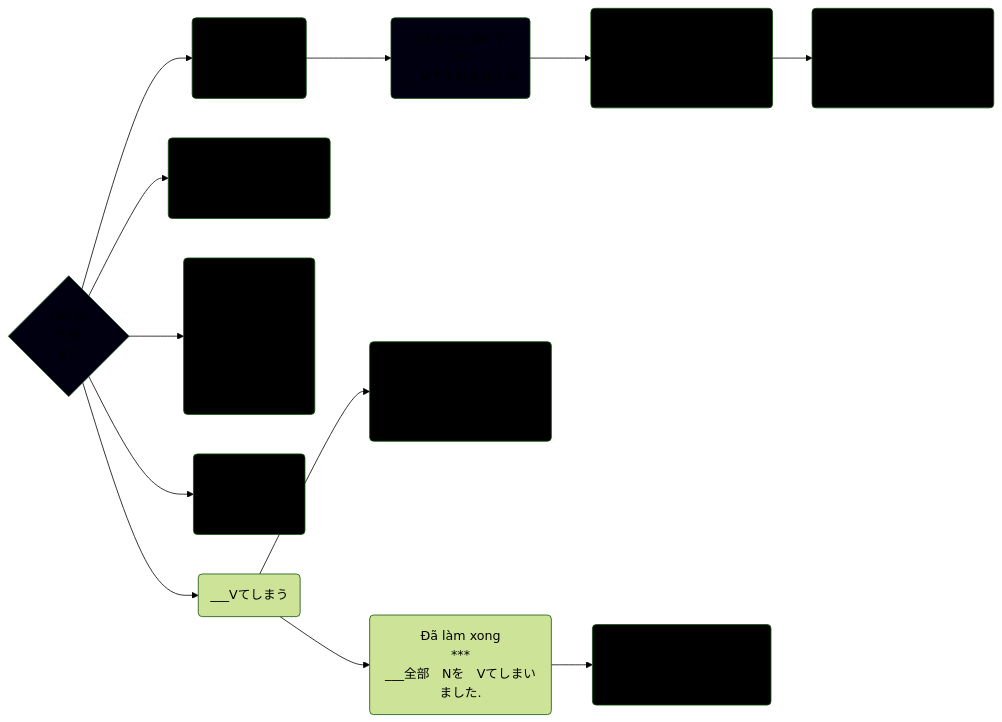
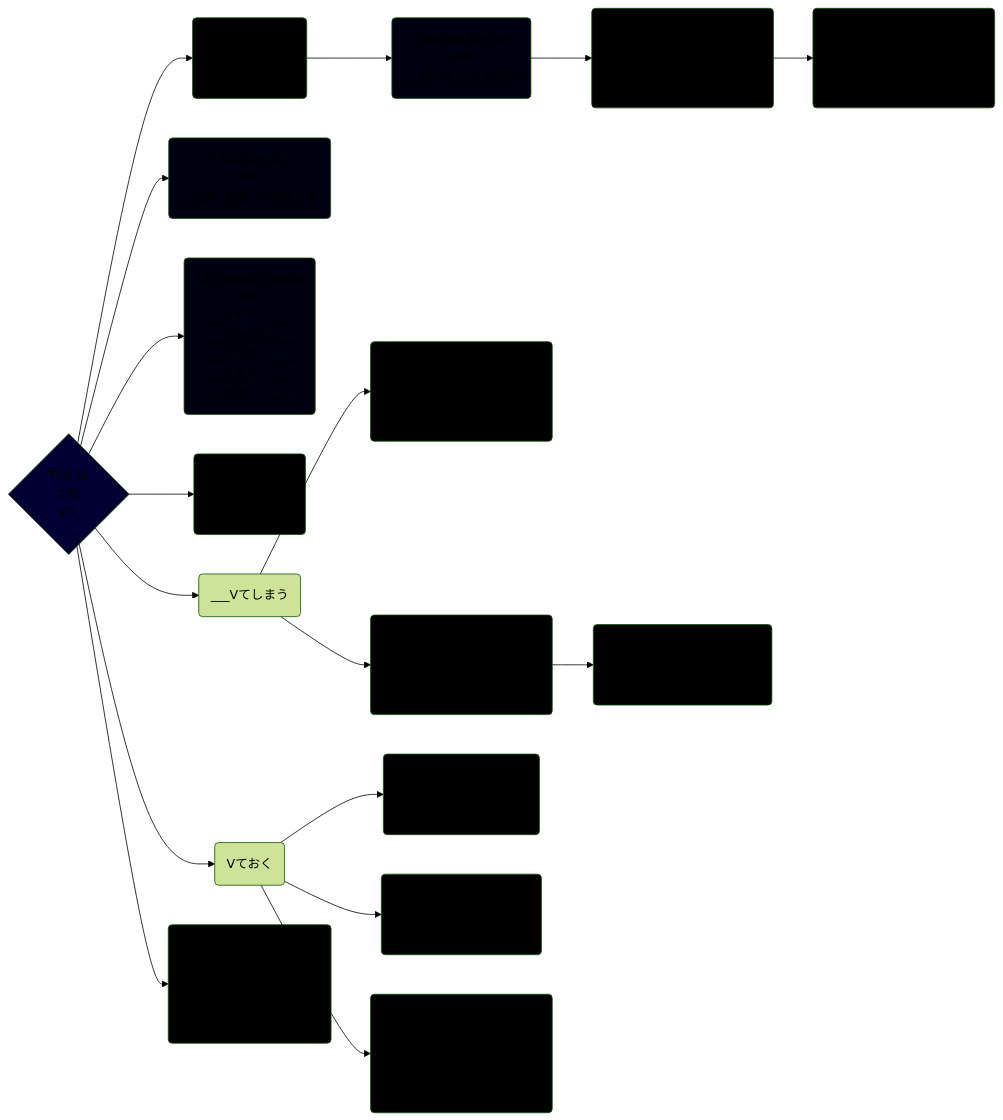
One commit to tea1504/learn changed the diagram in The/て形.md. Above: the diagram before and after it, drawn with Mermaid (forest theme). The commit also changed other lines of this file and 18 other files, not shown here.

````diff
--- a/The/て形.md
+++ b/The/て形.md
@@ -1,27 +2,37 @@
 ```mermaid
 graph LR;
     V{Thể te\nて形\nVて}
 
     V-->hayLamV(Hãy làm V\n***\n___Vてください)
     hayLamV-->lamOn(Làm ơn làm V\n***\n___Vてくれませんか)
     lamOn-->coThemLamVGiupToiDuocKhong1(Có thể làm V dùm tôi được không\n***\n___Vてくださいませんか)
     coThemLamVGiupToiDuocKhong1-->coThemLamVGiupToiDuocKhong2(Có thể làm V dùm tôi được không\n***\n___Vていただけませんか)
     V-->thuLamV(Thử làm V\n***\n___は　Nを　Vてみます)
     V-->chiNguyenNhan(Chỉ nguyên nhân\n***\n___Vて　　,___\n___Vなくて,___\n___Aくて　,___\n___Aなで　,___\n___Nで　　,___)
     V-->diRoiQuayLai(Đi rồi quay lại\n***\n___Vて来ます)
     V-->simau(___Vてしまう)
     simau-->dinhSeLamXong(Định sẽ làm xong\n***\n___今　Nを　Vてしまいます.)
     simau-->daLamXong(Đã làm xong\n***\n___全部　Nを　Vてしまいました.)
     daLamXong-->daXayRa(Đã xảy ra tiếc\n***\n___Nを　Vてしまいました.)
+    V-->oku(Vておく)
+    oku-->chuanBiSan(Chuẩn bị sẵn\n***\n__前に___Vておきます.)
+    oku-->giaiPhapTamThoi(Giải pháp tạm thời\n***\n__たら,___Vておきます.)
+    oku-->giuNguyenDuyTriTrangThai(Giữ nguyên, duy trì trạng thái\n***\n__そのまま,___Vておきます.)
+    V-->luc(Lúc\n***\n___Vる　　　ところ,___\n___Vている　ところ,___\n___Vた　　　ところ,___)
 
-    style V fill:#001
+    style V fill:#003
+    style chiNguyenNhan fill:#001
+    style chuanBiSan fill:#000
+    style coThemLamVGiupToiDuocKhong1 fill:#000
+    style coThemLamVGiupToiDuocKhong2 fill:#000
+    style daLamXong fill:#000
+    style daXayRa fill:#000
+    style dinhSeLamXong fill:#000
+    style diRoiQuayLai fill:#000
+    style giaiPhapTamThoi fill:#000
+    style giuNguyenDuyTriTrangThai fill:#000
     style hayLamV fill:#000
     style lamOn fill:#001
-    style coThemLamVGiupToiDuocKhong1 fill:#000
-    style coThemLamVGiupToiDuocKhong2 fill:#000
-    style thuLamV fill:#000
-    style chiNguyenNhan fill:#000
-    style diRoiQuayLai fill:#000
-    style dinhSeLamXong fill:#000
-    style daXayRa fill:#000
+    style thuLamV fill:#001
+    style luc fill:#000
 ```
````
